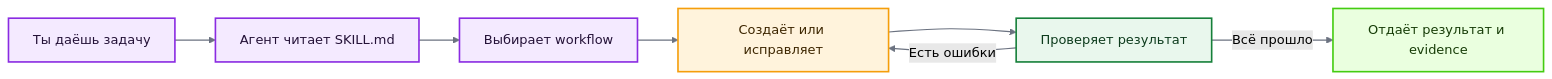
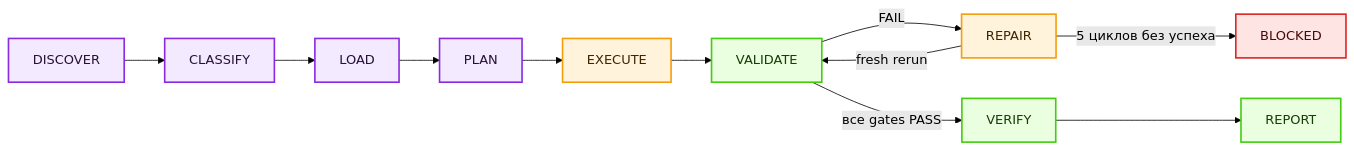
The diagram in README.md (evrytests-maker/ace-skill), drawn with Mermaid (forest theme) before and after one commit. The commit also changed other lines of this file and 1 other file, not shown here.

````diff
--- a/README.md
+++ b/README.md
@@ -61,21 +419,18 @@
 ```mermaid
 flowchart LR
-    A["Ты даёшь задачу"] --> B["Агент читает SKILL.md"]
-    B --> C["Выбирает workflow"]
-    C --> D["Создаёт или исправляет"]
-    D --> E["Проверяет результат"]
-    E -->|Есть ошибки| D
-    E -->|Всё прошло| F["Отдаёт результат и evidence"]
+    D["DISCOVER"] --> C["CLASSIFY"] --> L["LOAD"] --> P["PLAN"] --> E["EXECUTE"] --> V["VALIDATE"]
+    V -->|FAIL| R["REPAIR"]
+    R -->|fresh rerun| V
+    V -->|все gates PASS| VF["VERIFY"] --> RP["REPORT"]
+    R -->|5 циклов без успеха| B["BLOCKED"]
 
-    classDef blueviolet fill:#f4eaff,stroke:#8a2be2,color:#241238,stroke-width:2px;
-    classDef orange fill:#fff3dc,stroke:#f59e0b,color:#3d2600,stroke-width:2px;
-    classDef green fill:#e9f7ed,stroke:#16803a,color:#0d3b1d,stroke-width:2px;
-    classDef success fill:#eaffdf,stroke:#44cc11,color:#173d08,stroke-width:2px;
+    classDef step fill:#f4eaff,stroke:#8a2be2,color:#241238,stroke-width:2px;
+    classDef work fill:#fff3dc,stroke:#f59e0b,color:#3d2600,stroke-width:2px;
+    classDef ok fill:#eaffdf,stroke:#44cc11,color:#173d08,stroke-width:2px;
+    classDef bad fill:#ffe4e4,stroke:#dc2626,color:#450a0a,stroke-width:2px;
 
-    class A,B,C blueviolet;
-    class D orange;
-    class E green;
-    class F success;
-
-    linkStyle default stroke:#6b7280,stroke-width:1.5px;
+    class D,C,L,P step;
+    class E,R work;
+    class V,VF,RP ok;
+    class B bad;
 ```
````
